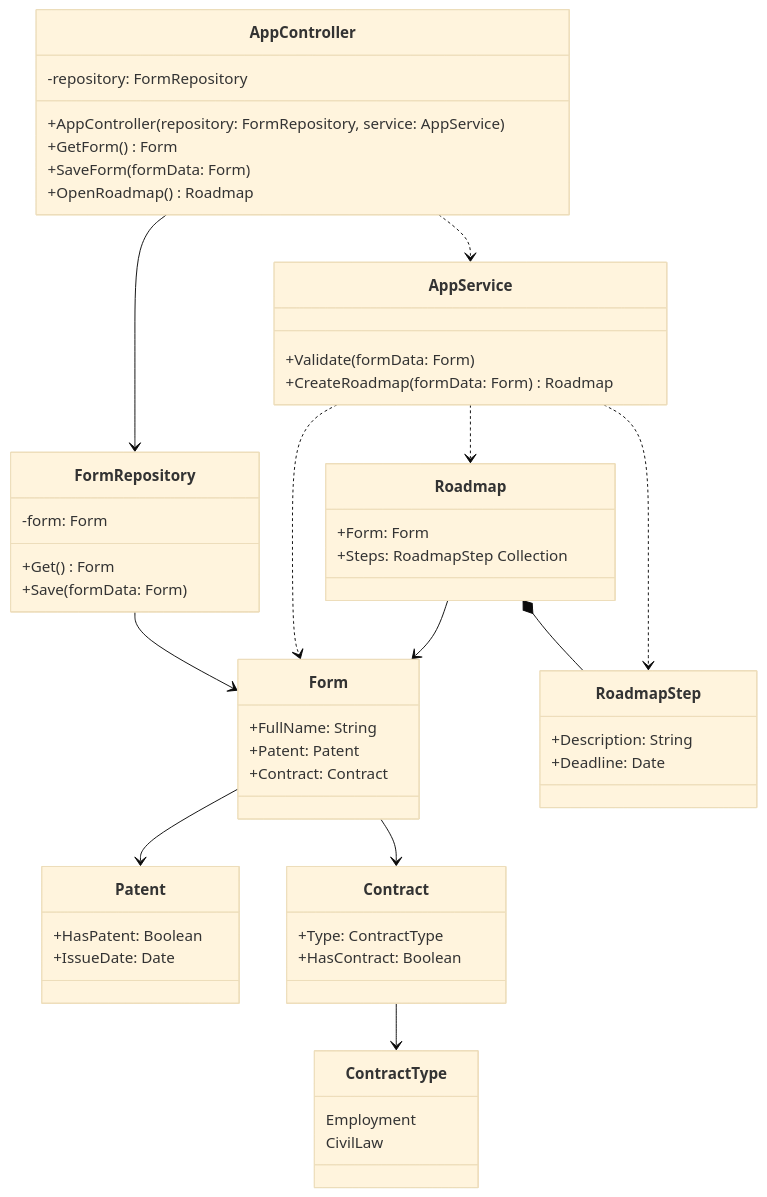
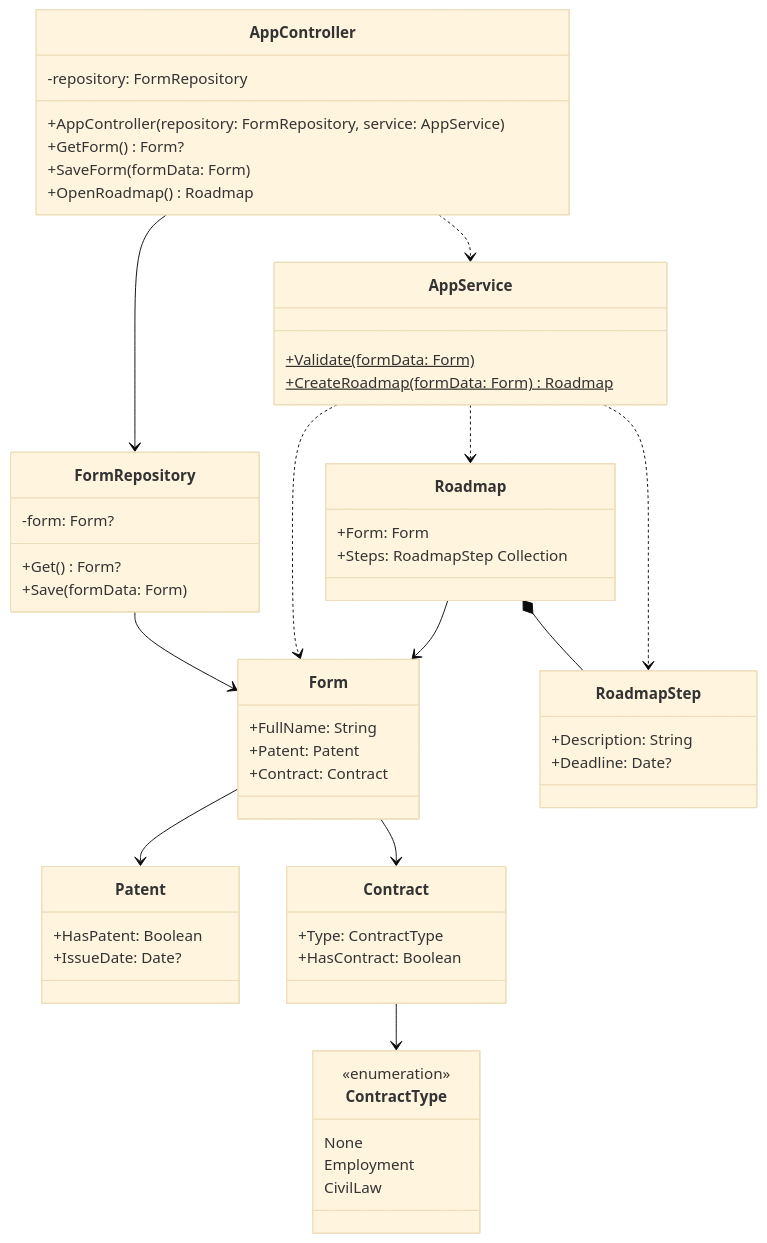
The diagram in _docs/lab5.md (Edmorton1/peace), drawn with Mermaid (base theme) before and after one commit. The commit also changed 1 other file, not shown here.

Commit message:
соответсвие с кодом

````diff
--- a/_docs/lab5.md
+++ b/_docs/lab5.md
@@ -3,68 +3,70 @@
 ```mermaid
 classDiagram
     direction TB
 
     class AppController {
         -repository: FormRepository
         +AppController(repository: FormRepository, service: AppService)
-        +GetForm() Form
+        +GetForm() Form?
         +SaveForm(formData: Form)
         +OpenRoadmap() Roadmap
     }
 
     class AppService {
-        +Validate(formData: Form)
-        +CreateRoadmap(formData: Form) Roadmap
+        +Validate(formData: Form)$
+        +CreateRoadmap(formData: Form) Roadmap$
     }
 
     class FormRepository {
-        -form: Form
-        +Get() Form
+        -form: Form?
+        +Get() Form?
         +Save(formData: Form)
     }
 
     class Form {
         +FullName: String
         +Patent: Patent
         +Contract: Contract
     }
 
     class Patent {
         +HasPatent: Boolean
-        +IssueDate: Date
+        +IssueDate: Date?
     }
 
     class Contract {
         +Type: ContractType
         +HasContract: Boolean
     }
 
     class ContractType {
+        <<enumeration>>
+        None
         Employment
         CivilLaw
     }
 
     class Roadmap {
         +Form: Form
         +Steps: RoadmapStep Collection
     }
 
     class RoadmapStep {
         +Description: String
-        +Deadline: Date
+        +Deadline: Date?
     }
 
 
     AppController --> FormRepository
     AppController ..> AppService
     AppService ..> Form
     AppService ..> Roadmap
     AppService ..> RoadmapStep
 
     FormRepository --> Form
     Form --> Patent
     Form --> Contract
     Contract --> ContractType
     Roadmap --> Form
     Roadmap *-- RoadmapStep
 ```
````
